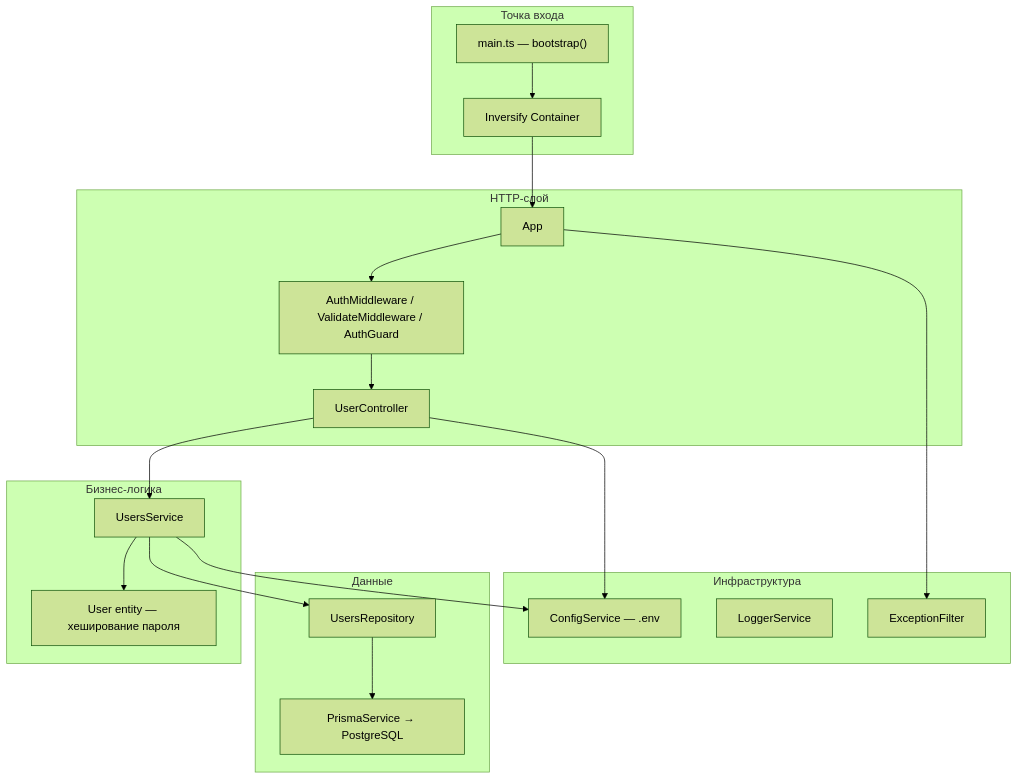
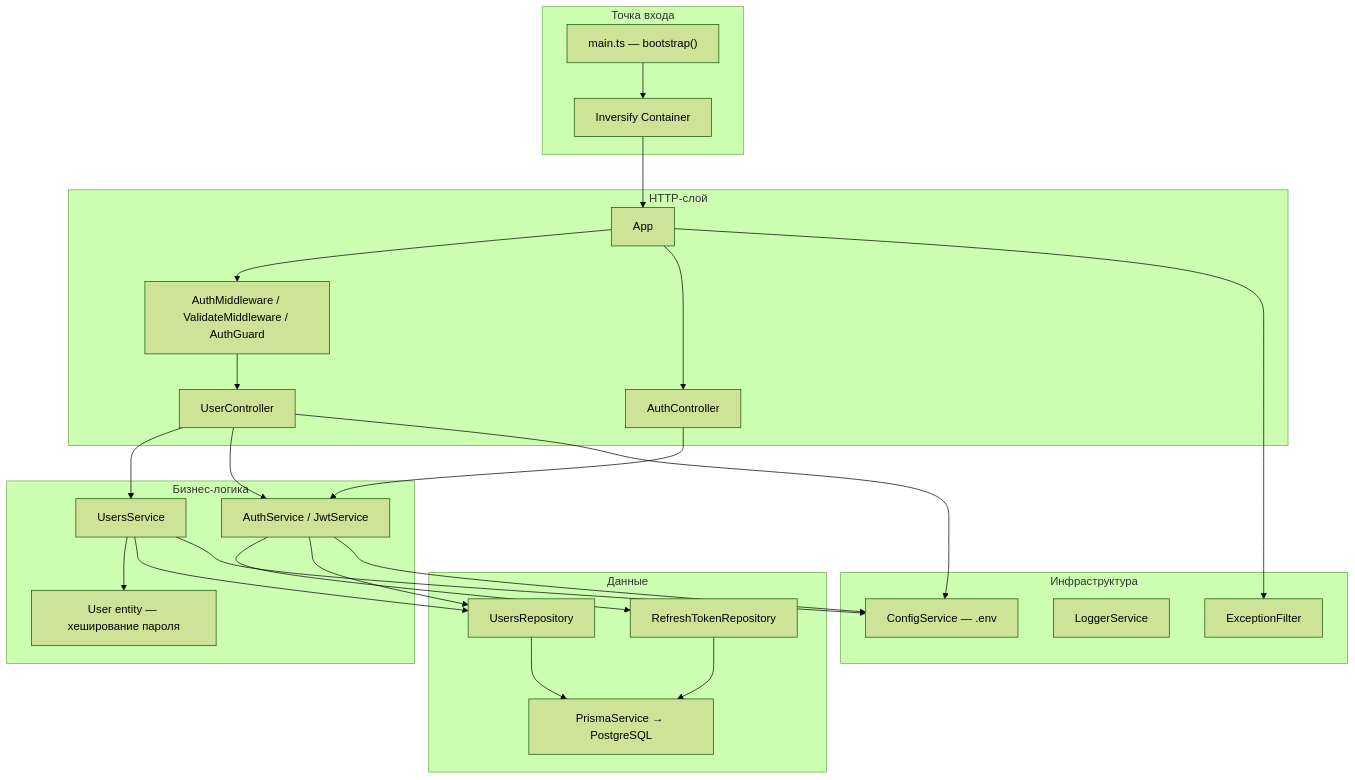
The first of 3 diagrams in ARCHITECTURE.md (olegLobov2802/express-app), drawn with Mermaid (forest theme) before and after one commit. The commit also changed other lines of this file and 15 other files, not shown here.

Commit message:
Access only in JSON and Authorization: Bearer; refresh in HttpOnly cookie with Path=/auth. Refresh/logout on /auth, with body and X-Refresh-Token support for API clients. Updated config, documentation, and e2e tests.

````diff
--- a/ARCHITECTURE.md
+++ b/ARCHITECTURE.md
@@ -29,37 +30,46 @@
 ```mermaid
 flowchart TB
   subgraph entry [Точка входа]
     main["main.ts — bootstrap()"]
     container["Inversify Container"]
   end
 
   subgraph http [HTTP-слой]
     app["App"]
-    controller["UserController"]
+    userCtrl["UserController"]
+    authCtrl["AuthController"]
     middleware["AuthMiddleware / ValidateMiddleware / AuthGuard"]
   end
 
   subgraph business [Бизнес-логика]
-    service["UsersService"]
+    userSvc["UsersService"]
+    authSvc["AuthService / JwtService"]
     entity["User entity — хеширование пароля"]
   end
 
   subgraph data [Данные]
-    repo["UsersRepository"]
+    userRepo["UsersRepository"]
+    refreshRepo["RefreshTokenRepository"]
     prisma["PrismaService → PostgreSQL"]
   end
 
   subgraph infra [Инфраструктура]
     config["ConfigService — .env"]
     logger["LoggerService"]
     filter["ExceptionFilter"]
   end
 
   main --> container --> app
-  app --> middleware --> controller
-  controller --> service --> entity
-  service --> repo --> prisma
+  app --> middleware --> userCtrl
+  app --> authCtrl
+  userCtrl --> userSvc --> entity
+  userCtrl --> authSvc
+  authCtrl --> authSvc
+  authSvc --> refreshRepo --> prisma
+  authSvc --> userRepo --> prisma
+  userSvc --> userRepo
   app --> filter
-  controller --> config
-  service --> config
+  userCtrl --> config
+  userSvc --> config
+  authSvc --> config
 ```
````
